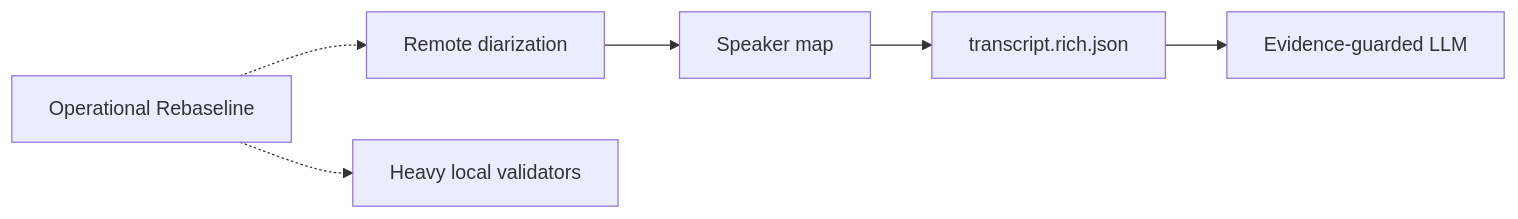
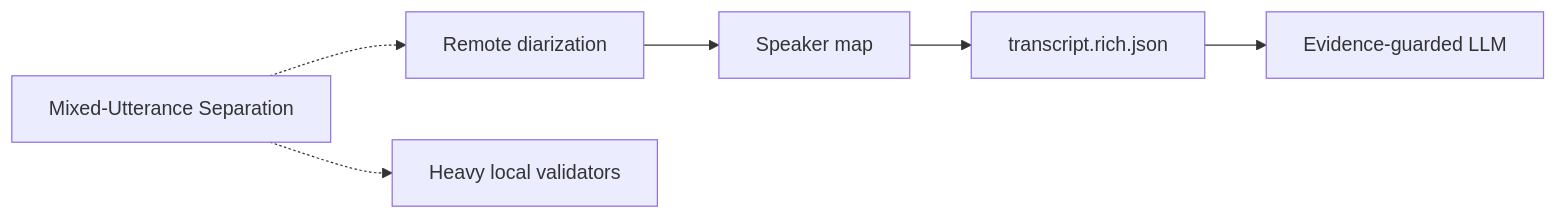
One commit to asukhodko/murmurmark changed the third of 4 diagrams in docs/roadmap/murmurmark-cli-roadmap.md. Above: the diagram before and after it, drawn with Mermaid. The commit also changed other lines of this file and 18 other files, not shown here.

````diff
--- a/docs/roadmap/murmurmark-cli-roadmap.md
+++ b/docs/roadmap/murmurmark-cli-roadmap.md
@@ -99,12 +96,12 @@
 ```mermaid
 flowchart LR
-    Q["Operational Rebaseline"]
+    Q["Mixed-Utterance Separation"]
     D["Remote diarization"]
     S["Speaker map"]
     T["transcript.rich.json"]
     V["Heavy local validators"]
     L["Evidence-guarded LLM"]
 
     Q -.-> D --> S --> T --> L
     Q -.-> V
 ```
````
